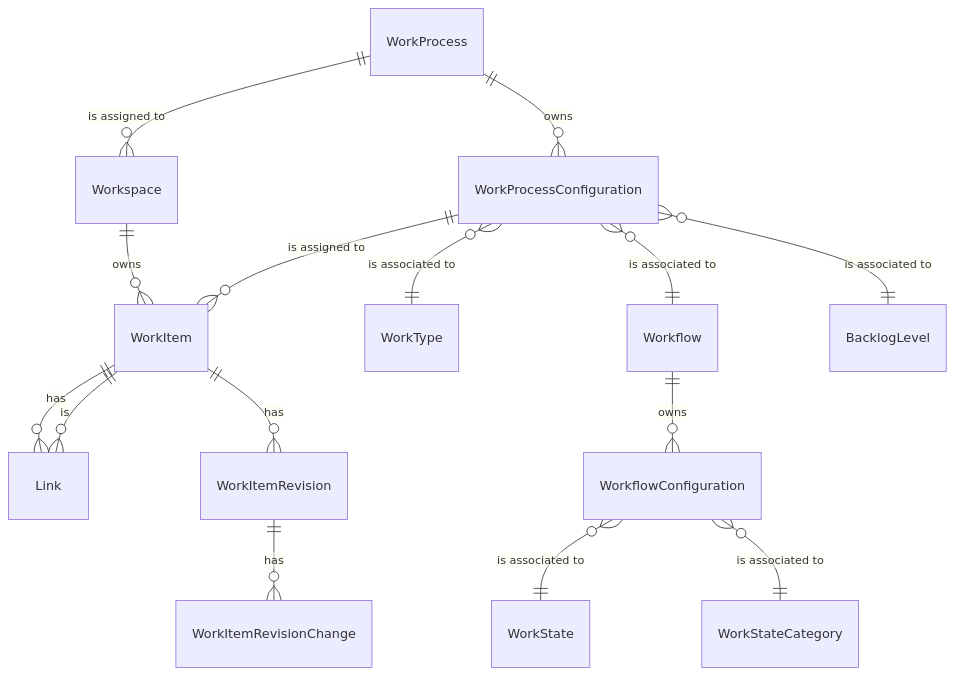
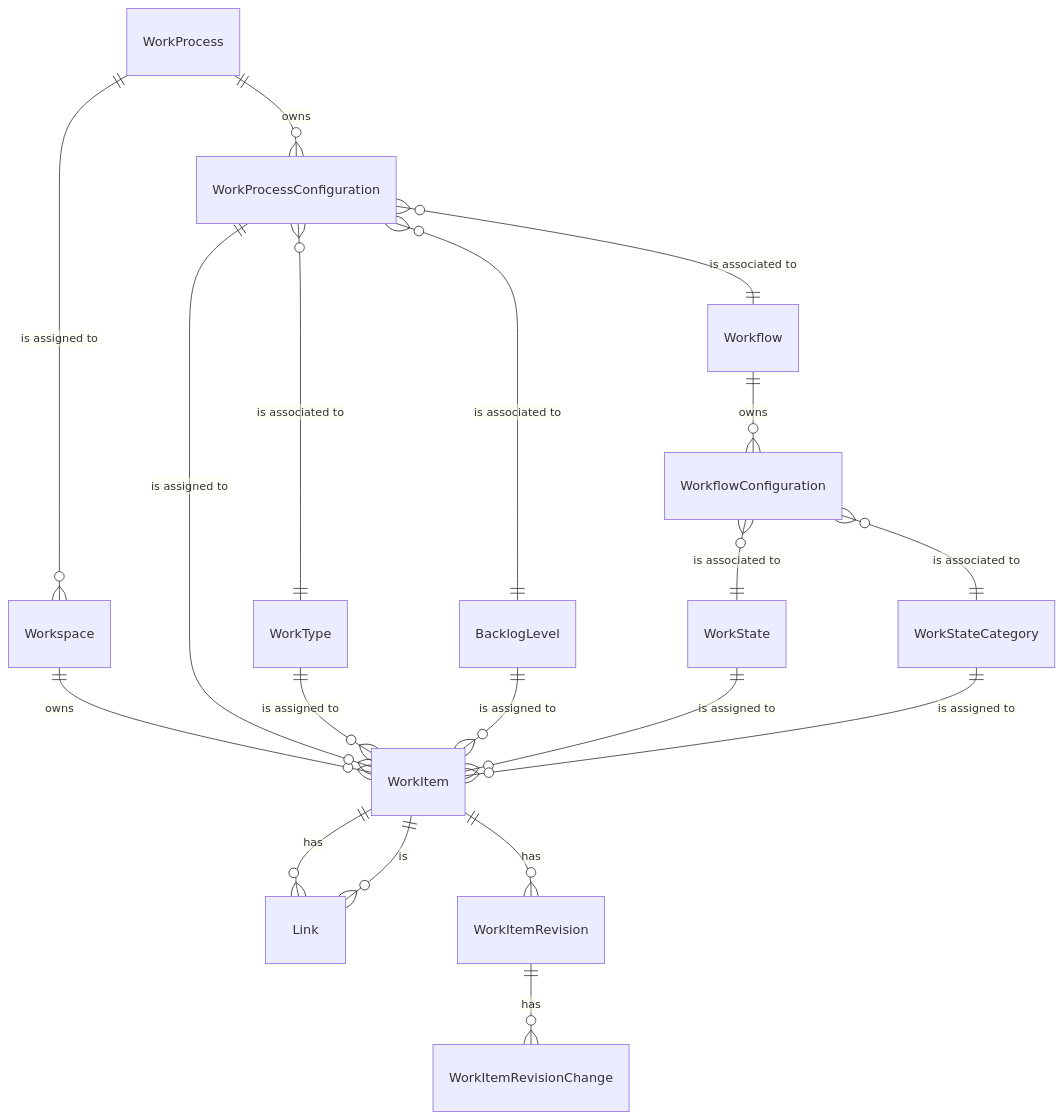
One commit to destacey/Moda changed the diagram in docs/Work.md. Above: the diagram before and after it, drawn with Mermaid. The commit also changed 9 other files, not shown here.

````diff
--- a/docs/Work.md
+++ b/docs/Work.md
@@ -89,21 +89,29 @@
 ```mermaid
 erDiagram
     Workspace ||--o{ WorkItem : owns
     WorkItem ||--o{ Link : "has"
     WorkItem ||--o{ WorkItemRevision : "has"
     WorkItemRevision ||--o{ WorkItemRevisionChange : "has"
     Link }o--|| WorkItem : "is"
 
     WorkProcess ||--o{ Workspace : "is assigned to"
     WorkProcess ||--o{ WorkProcessConfiguration : owns
 
     WorkProcessConfiguration }o--|| WorkType : "is associated to"
+    WorkProcessConfiguration }o--|| BacklogLevel : "is associated to"
     WorkProcessConfiguration }o--|| Workflow : "is associated to"
-    WorkProcessConfiguration }o--|| BacklogLevel : "is associated to"
 
     WorkProcessConfiguration ||--o{ WorkItem : "is assigned to"
+
+    WorkType ||--o{ WorkItem : "is assigned to"
+
+    BacklogLevel ||--o{ WorkItem : "is assigned to"
 
     Workflow ||--o{ WorkflowConfiguration : owns
     WorkflowConfiguration }o--|| WorkState : "is associated to"
     WorkflowConfiguration }o--|| WorkStateCategory : "is associated to"
+
+    WorkState ||--o{ WorkItem : "is assigned to"
+
+    WorkStateCategory ||--o{ WorkItem : "is assigned to"
 ```
````
